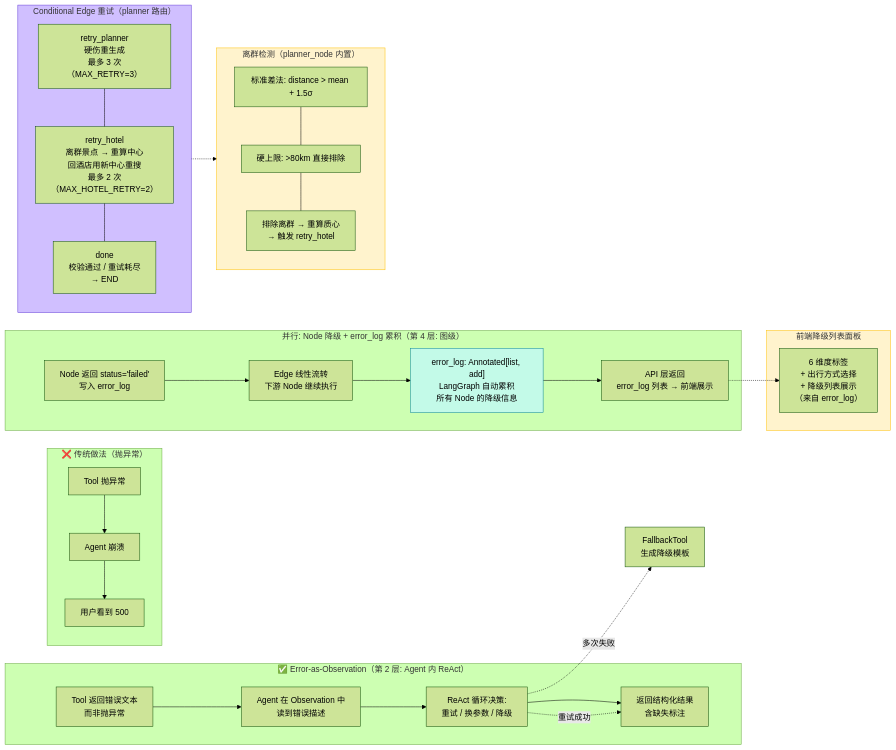
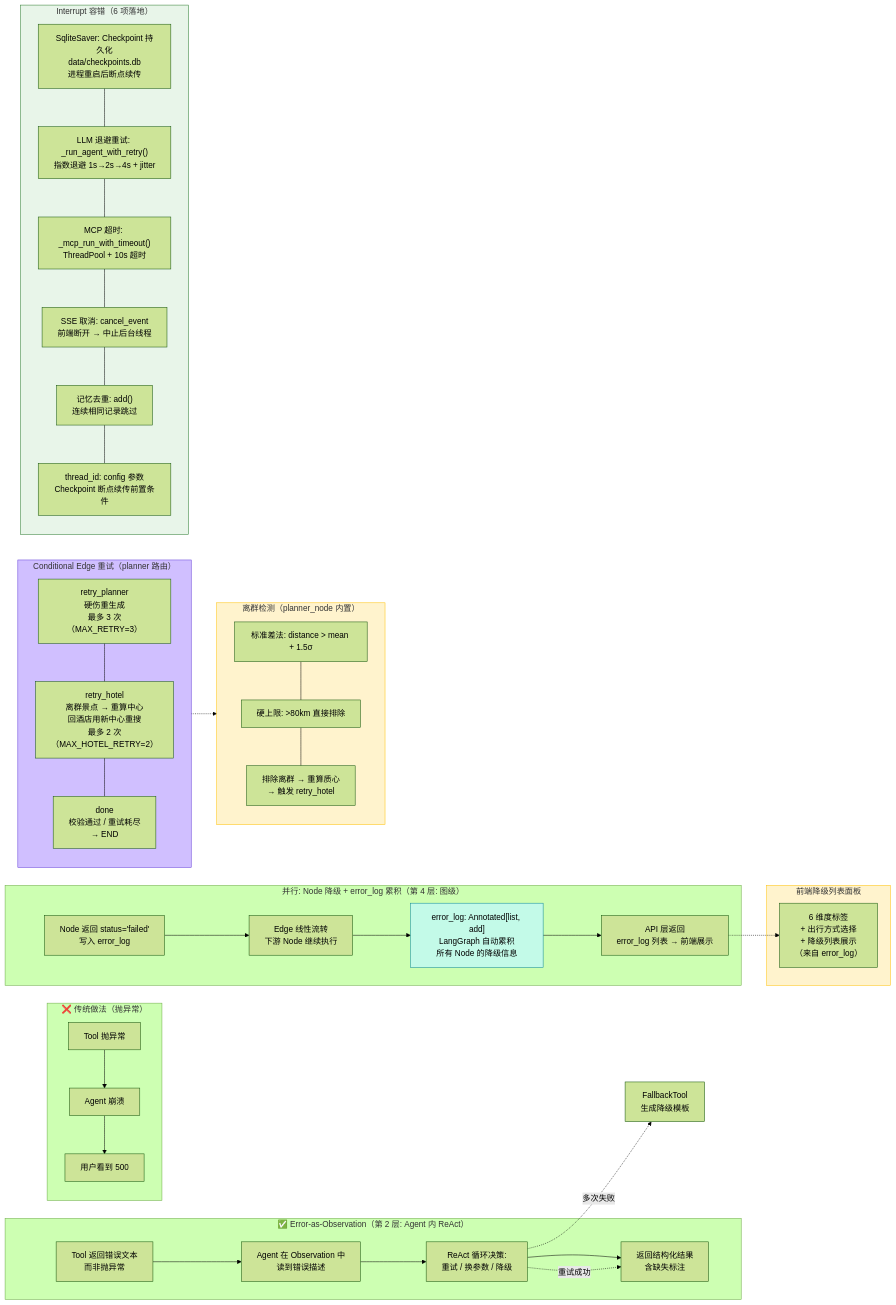
Before and after one commit to SuperGODOG/tripplanner: the sixth of 7 diagrams in ARCHITECTURE.md, drawn with Mermaid (forest theme). The commit also changed other lines of this file and 5 other files, not shown here.

First line of the commit message:
docs: 同步PROJECT/ARCHITECTURE/简历/面试文档反映interrupt升级

````diff
--- a/ARCHITECTURE.md
+++ b/ARCHITECTURE.md
@@ -260,55 +264,67 @@
 ```mermaid
 flowchart LR
     subgraph Bad["❌ 传统做法（抛异常）"]
         ERR["Tool 抛异常"]
         CRASH["Agent 崩溃"]
         USERERR["用户看到 500"]
         ERR --> CRASH --> USERERR
     end
 
     subgraph Good["✅ Error-as-Observation（第 2 层: Agent 内 ReAct）"]
         OBS["Tool 返回错误文本<br/>而非抛异常"]
         REACT["Agent 在 Observation 中<br/>读到错误描述"]
         RETRY["ReAct 循环决策:<br/>重试 / 换参数 / 降级"]
         DONE["返回结构化结果<br/>含缺失标注"]
         OBS --> REACT --> RETRY --> DONE
     end
 
     subgraph GraphLayer["并行: Node 降级 + error_log 累积（第 4 层: 图级）"]
         GFAIL["Node 返回 status='failed'<br/>写入 error_log"]
         GEDGE["Edge 线性流转<br/>下游 Node 继续执行"]
         ACCUM["error_log: Annotated[list, add]<br/>LangGraph 自动累积<br/>所有 Node 的降级信息"]
         API_RET["API 层返回<br/>error_log 列表 → 前端展示"]
         GFAIL --> GEDGE --> ACCUM --> API_RET
     end
 
     subgraph CondRetry["Conditional Edge 重试（planner 路由）"]
         direction TB
         CR1["retry_planner<br/>硬伤重生成<br/>最多 3 次（MAX_RETRY=3）"]
         CR2["retry_hotel<br/>离群景点 → 重算中心<br/>回酒店用新中心重搜<br/>最多 2 次（MAX_HOTEL_RETRY=2）"]
         CR3["done<br/>校验通过 / 重试耗尽<br/>→ END"]
         CR1 --- CR2 --- CR3
     end
 
     subgraph OutlierDetect["离群检测（planner_node 内置）"]
         direction TB
         OD1["标准差法: distance > mean + 1.5σ"]
         OD2["硬上限: >80km 直接排除"]
         OD3["排除离群 → 重算质心<br/>→ 触发 retry_hotel"]
         OD1 --- OD2 --- OD3
     end
 
+    subgraph InterruptResilient["Interrupt 容错（6 项落地）"]
+        direction TB
+        IR1["SqliteSaver: Checkpoint 持久化<br/>data/checkpoints.db<br/>进程重启后断点续传"]
+        IR2["LLM 退避重试: _run_agent_with_retry()<br/>指数退避 1s→2s→4s + jitter"]
+        IR3["MCP 超时: _mcp_run_with_timeout()<br/>ThreadPool + 10s 超时"]
+        IR4["SSE 取消: cancel_event<br/>前端断开 → 中止后台线程"]
+        IR5["记忆去重: add()<br/>连续相同记录跳过"]
+        IR6["thread_id: config 参数<br/>Checkpoint 断点续传前置条件"]
+        IR1 --- IR2 --- IR3 --- IR4 --- IR5 --- IR6
+    end
+
     subgraph FallbackPanel["前端降级列表面板"]
         FP["6 维度标签<br/>+ 出行方式选择<br/>+ 降级列表展示<br/>（来自 error_log）"]
     end
 
     RETRY -.->|"重试成功"| DONE
     RETRY -.->|"多次失败"| FB["FallbackTool<br/>生成降级模板"]
     API_RET -.-> FP
     CondRetry -.-> OutlierDetect
 
     style ACCUM fill:#c3fae8,stroke:#0c8599
     style CondRetry fill:#d0bfff,stroke:#6741d9
     style OutlierDetect fill:#fff3cd,stroke:#ffc107
+    style InterruptResilient fill:#e8f5e9,stroke:#2e7d32
     style FallbackPanel fill:#fff3cd,stroke:#ffc107
 ```
````
